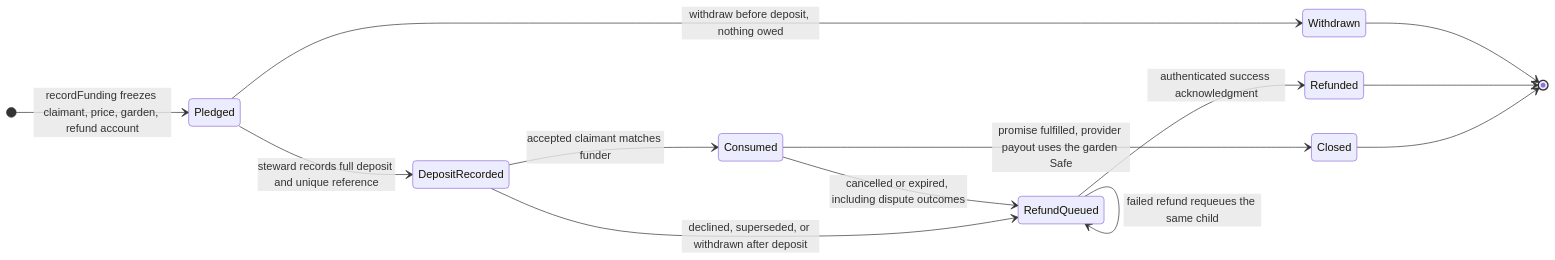
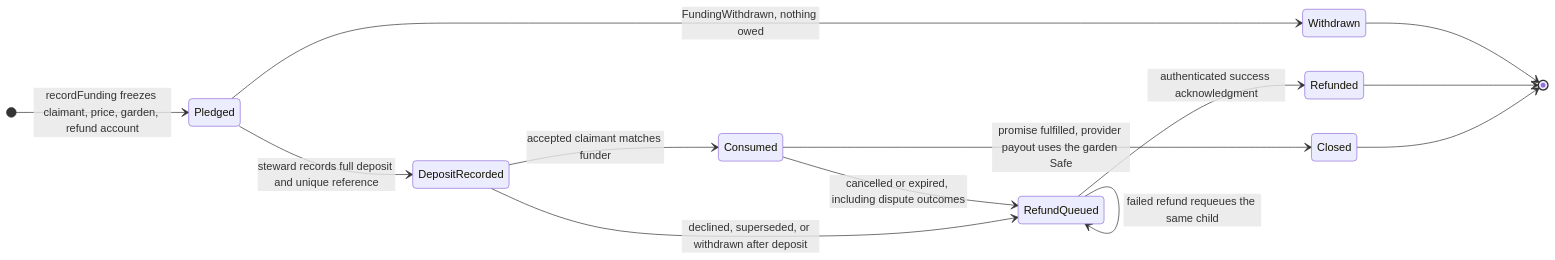
Diagram 44 of 44 in .plans/active/commitment-pooling/diagrams.md (greenpill-dev-guild/green-goods), drawn with Mermaid before and after one commit. The commit also changed other lines of this file and 9 other files, not shown here.

````diff
--- a/.plans/active/commitment-pooling/diagrams.md
+++ b/.plans/active/commitment-pooling/diagrams.md
@@ -2647,16 +2652,16 @@
 ```mermaid
 stateDiagram-v2
   direction LR
   [*] --> Pledged : recordFunding freezes claimant, price, garden, refund account
   Pledged --> DepositRecorded : steward records full deposit and unique reference
-  Pledged --> Withdrawn : withdraw before deposit, nothing owed
+  Pledged --> Withdrawn : FundingWithdrawn, nothing owed
   DepositRecorded --> Consumed : accepted claimant matches funder
   DepositRecorded --> RefundQueued : declined, superseded, or withdrawn after deposit
   Consumed --> Closed : promise fulfilled, provider payout uses the garden Safe
   Consumed --> RefundQueued : cancelled or expired, including dispute outcomes
   RefundQueued --> RefundQueued : failed refund requeues the same child
   RefundQueued --> Refunded : authenticated success acknowledgment
   Closed --> [*]
   Refunded --> [*]
   Withdrawn --> [*]
 ```
````
